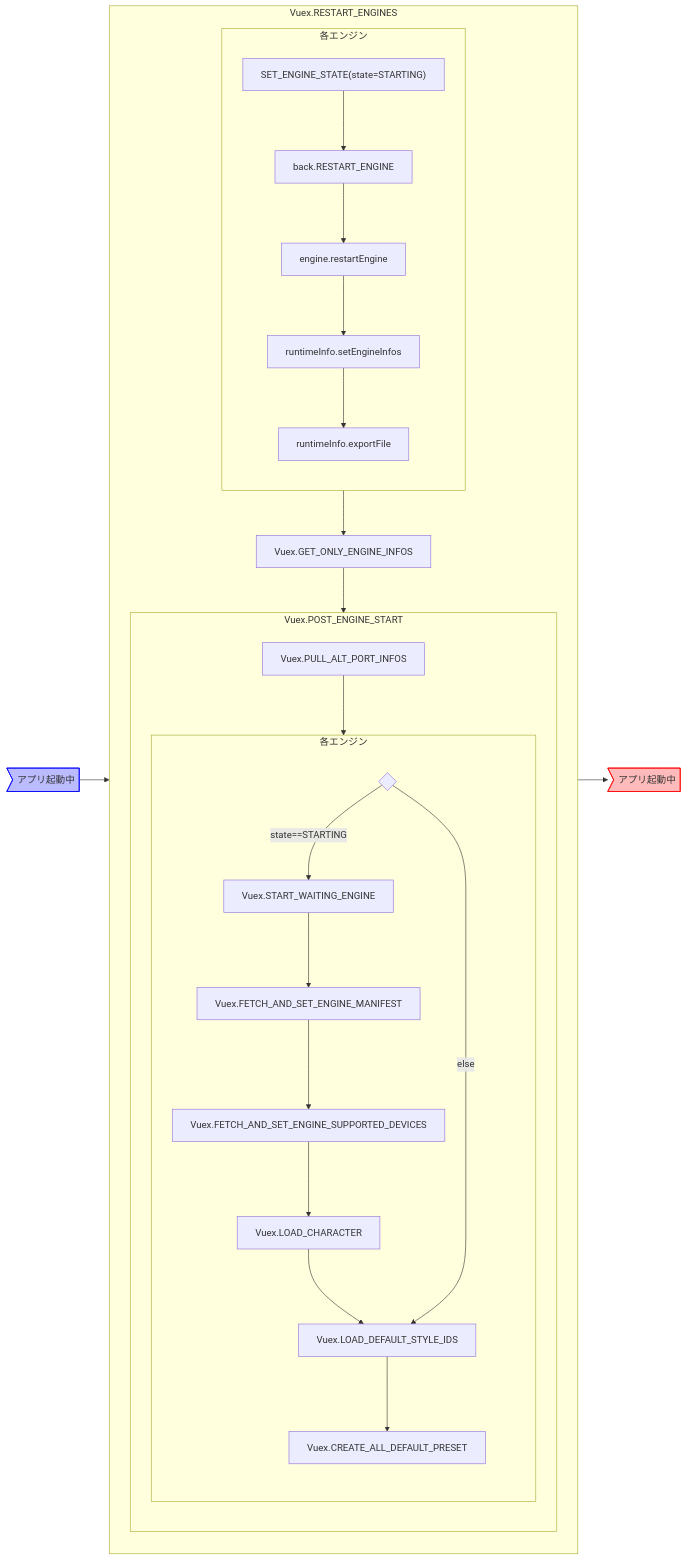
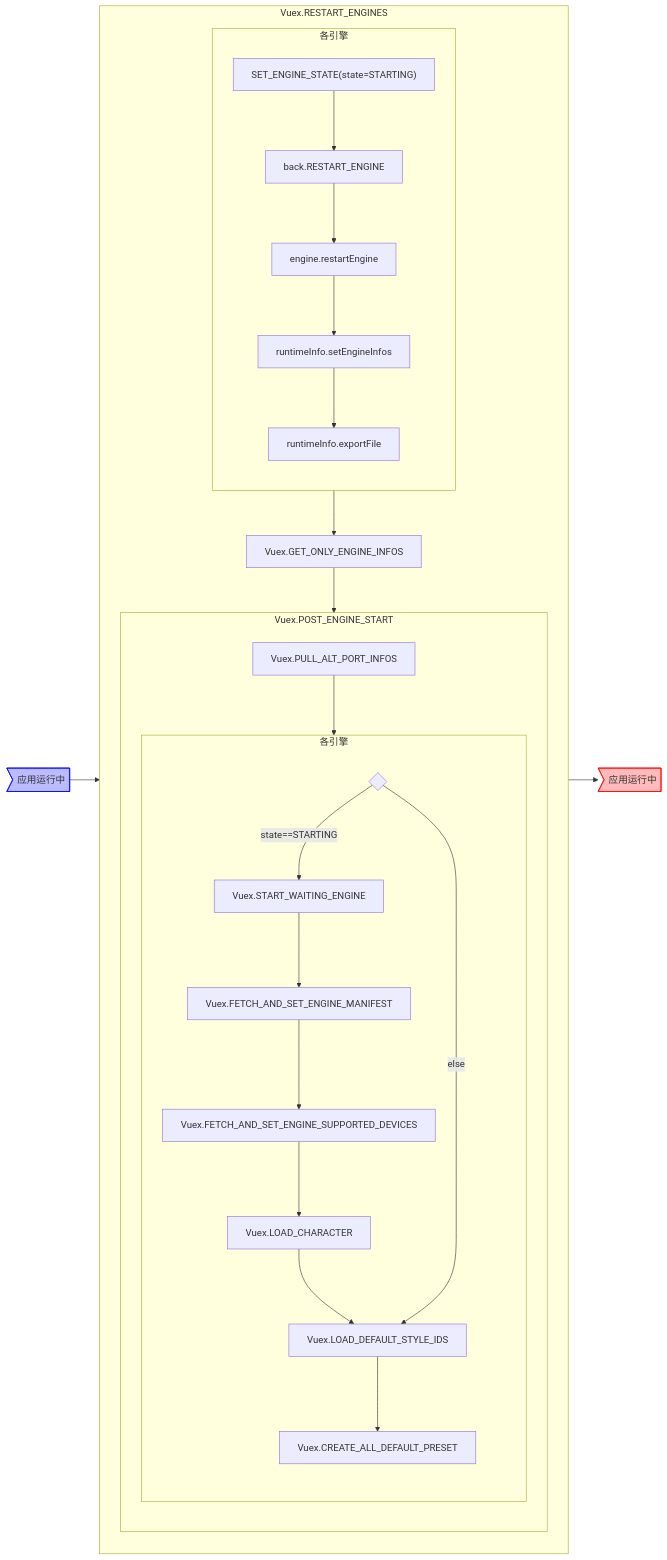
One commit to WERTYUS11/VOICEVOX changed the diagram in docs/res/エンジン再起動シーケンス図.md. Above: the diagram before and after it, drawn with Mermaid. The commit also changed other lines of this file and 181 other files, not shown here.

````diff
--- a/docs/res/エンジン再起動シーケンス図.md
+++ b/docs/res/エンジン再起動シーケンス図.md
@@ -3,29 +3,29 @@
 ```mermaid
 flowchart LR
-  349670>"アプリ起動中"] --> 675170["Vuex.RESTART_ENGINES"]
+  349670>"应用运行中"] --> 675170["Vuex.RESTART_ENGINES"]
   style 349670 fill:#bbbbff,stroke:#0000ff
-  675170 --> 929642>"アプリ起動中"]
+  675170 --> 929642>"应用运行中"]
   style 929642 fill:#ffbbbb,stroke:#ff0000
   subgraph 675170["Vuex.RESTART_ENGINES"]
-    408243["各エンジン"] --> 927120["Vuex.GET_ONLY_ENGINE_INFOS"]
+    408243["各引擎"] --> 927120["Vuex.GET_ONLY_ENGINE_INFOS"]
     927120 --> 512074["Vuex.POST_ENGINE_START"]
-    subgraph 408243["各エンジン"]
+    subgraph 408243["各引擎"]
       262932["SET_ENGINE_STATE(state=STARTING)"] --> 595264["back.RESTART_ENGINE"]
       595264 --> 920995["engine.restartEngine"]
       920995 --> 939785["runtimeInfo.setEngineInfos"]
       939785 --> 494722["runtimeInfo.exportFile"]
     end
     subgraph 512074["Vuex.POST_ENGINE_START"]
-      623200["Vuex.PULL_ALT_PORT_INFOS"] --> 225947["各エンジン"]
-      subgraph 225947["各エンジン"]
+      623200["Vuex.PULL_ALT_PORT_INFOS"] --> 225947["各引擎"]
+      subgraph 225947["各引擎"]
         489573{" "} -->|"state==STARTING"| 445649["Vuex.START_WAITING_ENGINE"]
         445649 --> 722638["Vuex.FETCH_AND_SET_ENGINE_MANIFEST"]
         722638 --> 520207["Vuex.FETCH_AND_SET_ENGINE_SUPPORTED_DEVICES"]
         520207 --> 526075["Vuex.LOAD_CHARACTER"]
         526075 --> 752392["Vuex.LOAD_DEFAULT_STYLE_IDS"]
         489573 -->|"else"| 752392
         752392 --> 738989["Vuex.CREATE_ALL_DEFAULT_PRESET"]
       end
     end
   end
 ```
````
